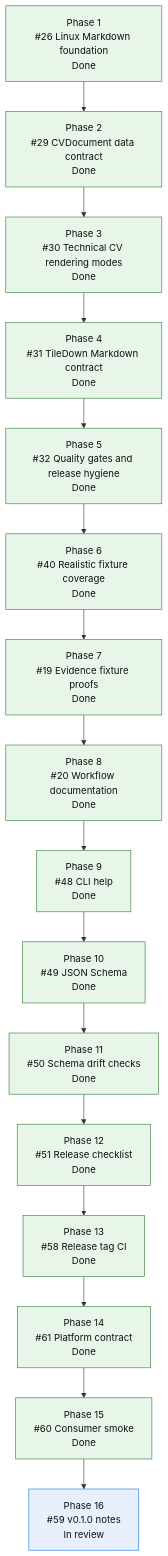
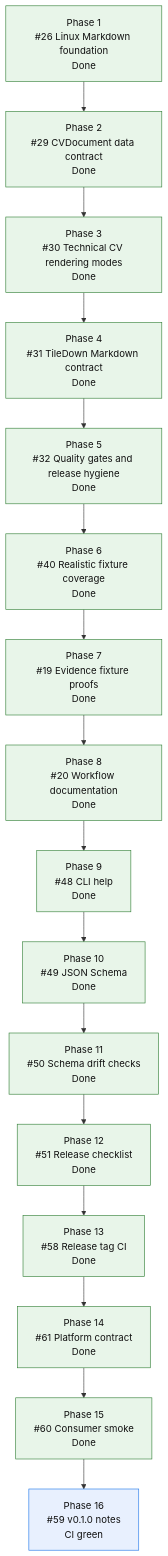
The diagram in README.md (mihaelamj/cvbuilder), drawn with Mermaid before and after one commit. The commit also changed 1 other file, not shown here.

Commit message:
docs(roadmap): mark release notes CI green

````diff
--- a/README.md
+++ b/README.md
@@ -167,31 +167,31 @@
 ```mermaid
 flowchart TD
     P1["Phase 1<br/>#26 Linux Markdown foundation<br/>Done"]
     P2["Phase 2<br/>#29 CVDocument data contract<br/>Done"]
     P3["Phase 3<br/>#30 Technical CV rendering modes<br/>Done"]
     P4["Phase 4<br/>#31 TileDown Markdown contract<br/>Done"]
     P5["Phase 5<br/>#32 Quality gates and release hygiene<br/>Done"]
     P6["Phase 6<br/>#40 Realistic fixture coverage<br/>Done"]
     P7["Phase 7<br/>#19 Evidence fixture proofs<br/>Done"]
     P8["Phase 8<br/>#20 Workflow documentation<br/>Done"]
     P9["Phase 9<br/>#48 CLI help<br/>Done"]
     P10["Phase 10<br/>#49 JSON Schema<br/>Done"]
     P11["Phase 11<br/>#50 Schema drift checks<br/>Done"]
     P12["Phase 12<br/>#51 Release checklist<br/>Done"]
     P13["Phase 13<br/>#58 Release tag CI<br/>Done"]
     P14["Phase 14<br/>#61 Platform contract<br/>Done"]
     P15["Phase 15<br/>#60 Consumer smoke<br/>Done"]
-    P16["Phase 16<br/>#59 v0.1.0 notes<br/>In review"]
+    P16["Phase 16<br/>#59 v0.1.0 notes<br/>CI green"]
 
     P1 --> P2 --> P3 --> P4 --> P5 --> P6 --> P7 --> P8 --> P9 --> P10 --> P11 --> P12 --> P13 --> P14 --> P15 --> P16
 
     classDef done fill:#e8f5e9,stroke:#2e7d32,color:#111;
     classDef active fill:#fff3e0,stroke:#ef6c00,color:#111;
     classDef review fill:#e8f0fe,stroke:#1a73e8,color:#111;
     classDef next fill:#fff8e1,stroke:#f9a825,color:#111;
     classDef partial fill:#e0f7fa,stroke:#00838f,color:#111;
     classDef todo fill:#eef3ff,stroke:#3367d6,color:#111;
     class P1,P2,P3,P4 done;
     class P5,P6,P7,P8,P9,P10,P11,P12,P13,P14,P15 done;
     class P16 review;
 ```
````
